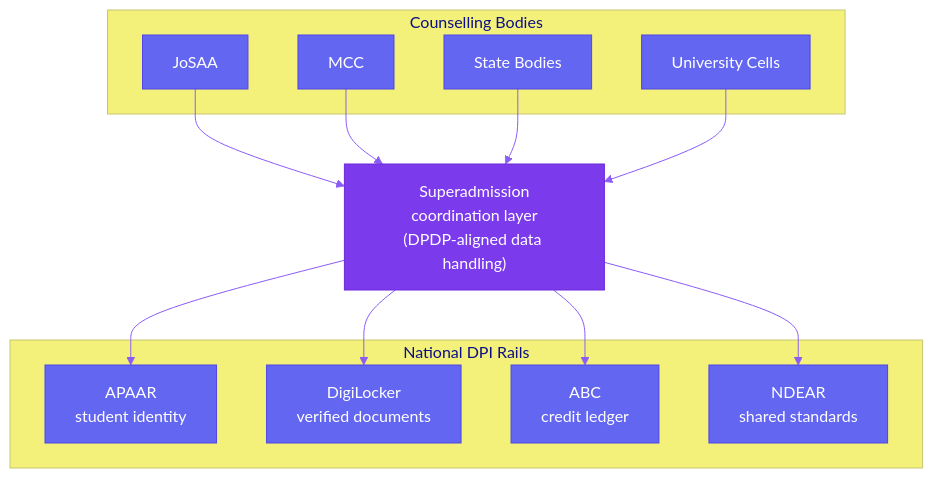
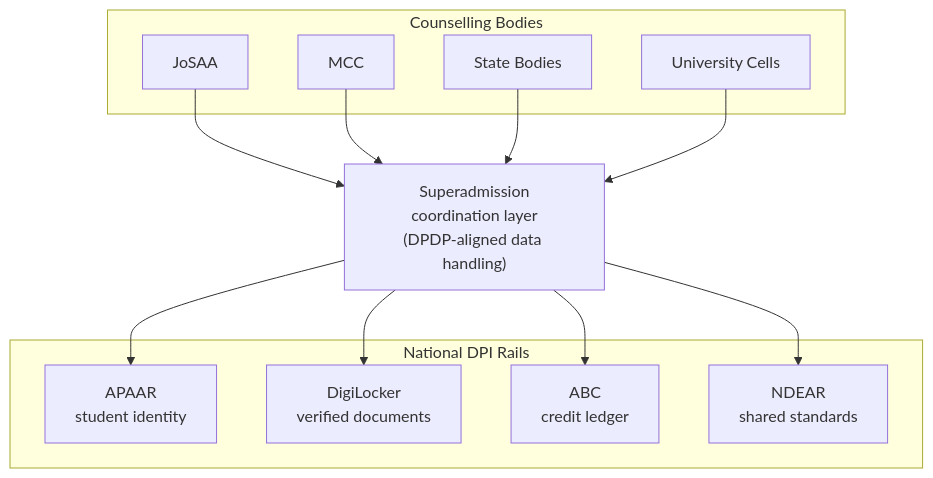
One commit to aashrutsharma/whitepaper changed the diagram in getting-started/digital-public-infrastructure.mdx. Above: the diagram before and after it, drawn with Mermaid. The commit also changed 16 other files, not shown here.

````diff
--- a/getting-started/digital-public-infrastructure.mdx
+++ b/getting-started/digital-public-infrastructure.mdx
@@ -81,40 +81,27 @@
 ```mermaid
-%%{init: {
-  'theme': 'base',
-  'themeVariables': {
-    'primaryColor': '#6366f1',
-    'primaryTextColor': '#ffffff',
-    'primaryBorderColor': '#4f46e5',
-    'lineColor': '#8b5cf6',
-    'background': 'transparent',
-    'fontFamily': 'Inter, sans-serif'
-  }
-}}%%
 flowchart TD
     subgraph L1["Counselling Bodies"]
         A1["JoSAA"]
         A2["MCC"]
         A3["State Bodies"]
         A4["University Cells"]
     end
 
     L2["Superadmission<br/>coordination layer<br/>(DPDP-aligned data handling)"]
 
     subgraph L3["National DPI Rails"]
         B1["APAAR<br/>student identity"]
         B2["DigiLocker<br/>verified documents"]
         B3["ABC<br/>credit ledger"]
         B4["NDEAR<br/>shared standards"]
     end
 
     A1 --> L2
     A2 --> L2
     A3 --> L2
     A4 --> L2
     L2 --> B1
     L2 --> B2
     L2 --> B3
     L2 --> B4
-
-    style L2 fill:#7c3aed,stroke:#6d28d9,color:#fff
 ```
````
